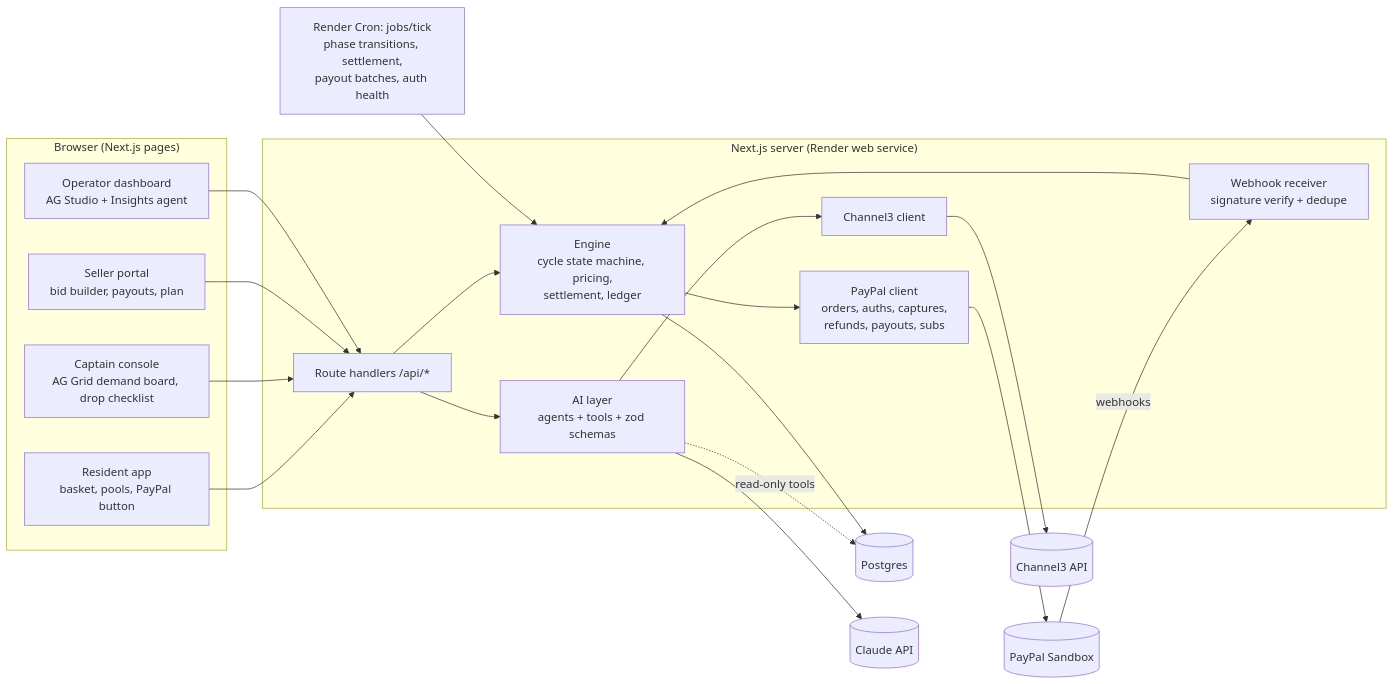
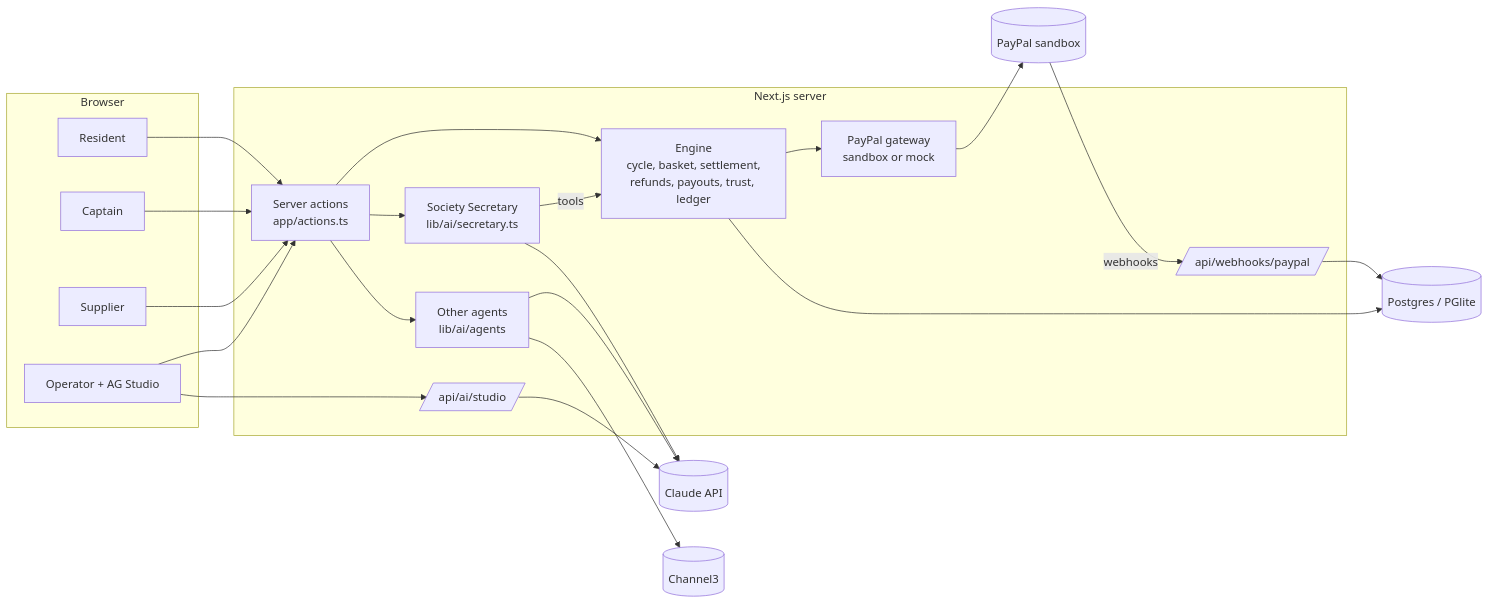
Before and after one commit to AnshumSingla/Paypal-AI: the first of 4 diagrams in docs/02-ARCHITECTURE.md, drawn with Mermaid. The commit also changed other lines of this file and 17 other files, not shown here.

First line of the commit message:
Docs match the code; Collective name inside PayPal; drop unused env vars

````diff
--- a/docs/02-ARCHITECTURE.md
+++ b/docs/02-ARCHITECTURE.md
@@ -30,34 +28,32 @@
 ```mermaid
 flowchart LR
-  subgraph Client["Browser (Next.js pages)"]
-    R[Resident app<br/>basket, pools, PayPal button]
-    C[Captain console<br/>AG Grid demand board, drop checklist]
-    S[Seller portal<br/>bid builder, payouts, plan]
-    O[Operator dashboard<br/>AG Studio + Insights agent]
+  subgraph Browser
+    R[Resident]
+    C[Captain]
+    S[Supplier]
+    O[Operator + AG Studio]
   end
+  subgraph Server["Next.js server"]
+    ACT[Server actions<br/>app/actions.ts]
+    SEC[Society Secretary<br/>lib/ai/secretary.ts]
+    AG[Other agents<br/>lib/ai/agents]
+    ENG[Engine<br/>cycle, basket, settlement,<br/>refunds, payouts, trust, ledger]
+    GW[PayPal gateway<br/>sandbox or mock]
+    WH[/api/webhooks/paypal/]
+    ST[/api/ai/studio/]
+  end
+  DB[(Postgres / PGlite)]
+  CL[(Claude API)]
+  PP[(PayPal sandbox)]
+  CH[(Channel3)]
 
-  subgraph App["Next.js server (Render web service)"]
-    API[Route handlers /api/*]
-    AI[AI layer<br/>agents + tools + zod schemas]
-    ENG[Engine<br/>cycle state machine, pricing,<br/>settlement, ledger]
-    PP[PayPal client<br/>orders, auths, captures,<br/>refunds, payouts, subs]
-    CH3[Channel3 client]
-    WH[Webhook receiver<br/>signature verify + dedupe]
-  end
-
-  JOB[Render Cron: jobs/tick<br/>phase transitions, settlement,<br/>payout batches, auth health]
-  DB[(Postgres)]
-  CLAUDE[(Claude API)]
-  PAYPAL[(PayPal Sandbox)]
-  CHANNEL3[(Channel3 API)]
-
-  R & C & S & O --> API
-  API --> AI & ENG
-  AI --> CLAUDE
-  AI --> CH3 --> CHANNEL3
-  AI -. read-only tools .-> DB
-  ENG --> PP --> PAYPAL
+  R & C & S & O --> ACT
+  O --> ST --> CL
+  ACT --> ENG & SEC & AG
+  SEC -- tools --> ENG
+  SEC & AG --> CL
+  AG --> CH
+  ENG --> GW --> PP
   ENG --> DB
-  PAYPAL -- webhooks --> WH --> ENG
-  JOB --> ENG
+  PP -- webhooks --> WH --> DB
 ```
````
